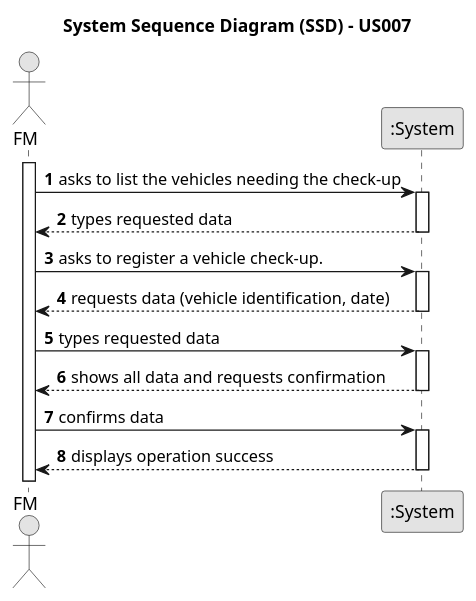
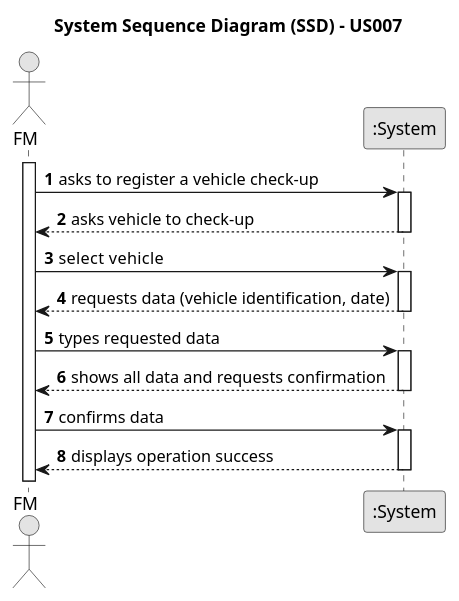
The diagram in docs/sprintA/us007/01.requirements-engineering/puml/us007-system-sequence-diagram-alternative-one.puml (ricardomm7/leaflink), drawn with PlantUML before and after one commit. The commit also changed 19 other files, not shown here.

```diff
--- a/docs/sprintA/us007/01.requirements-engineering/puml/us007-system-sequence-diagram-alternative-one.puml
+++ b/docs/sprintA/us007/01.requirements-engineering/puml/us007-system-sequence-diagram-alternative-one.puml
@@ -1,39 +1,39 @@
 @startuml
 skinparam monochrome true
 skinparam packageStyle rectangle
 skinparam shadowing false
 
 title System Sequence Diagram (SSD) - US007
 
 autonumber
 
 actor "FM" as FM
 participant ":System" as System
 
 activate FM
 
-    FM -> System : asks to list the vehicles needing the check-up
+    FM -> System : asks to register a vehicle check-up
         activate System
 
-    System --> FM : types requested data
+    System --> FM : asks vehicle to check-up
         deactivate System
 
-    FM -> System : asks to register a vehicle check-up.
+    FM -> System : select  vehicle
     activate System
 
-        System --> FM : requests data (vehicle identification, date)
+    System --> FM : requests data (vehicle identification, date)
     deactivate System
 
     FM -> System : types requested data
     activate System
 
         System --> FM : shows all data and requests confirmation
     deactivate System
 
     FM -> System : confirms data
     activate System
 
         System --> FM : displays operation success
     deactivate System
 
 @enduml
```
